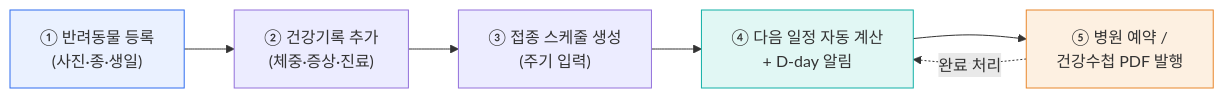
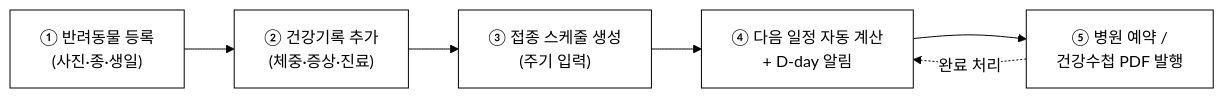
The second of 6 diagrams in 2026-saas-pet-health/biz/1_제안서.md (iamywl/k_startup_spare), drawn with Mermaid before and after one commit. The commit also changed other lines of this file and 3 other files, not shown here.

````diff
--- a/2026-saas-pet-health/biz/1_제안서.md
+++ b/2026-saas-pet-health/biz/1_제안서.md
@@ -81,11 +78,9 @@
 ```mermaid
+%%{init: {'theme':'base','themeVariables':{'background':'#ffffff','primaryColor':'#ffffff','primaryBorderColor':'#000000','primaryTextColor':'#000000','secondaryColor':'#ffffff','secondaryBorderColor':'#000000','secondaryTextColor':'#000000','tertiaryColor':'#ffffff','tertiaryBorderColor':'#000000','tertiaryTextColor':'#000000','mainBkg':'#ffffff','secondBkg':'#ffffff','lineColor':'#000000','textColor':'#000000','clusterBkg':'#ffffff','clusterBorder':'#000000','edgeLabelBackground':'#ffffff','actorBkg':'#ffffff','actorBorder':'#000000','noteBkgColor':'#ffffff','noteBorderColor':'#000000','signalColor':'#000000','signalTextColor':'#000000','fontFamily':'Georgia, serif'}}}%%
 flowchart LR
     S1["① 반려동물 등록<br/>(사진·종·생일)"] --> S2["② 건강기록 추가<br/>(체중·증상·진료)"]
     S2 --> S3["③ 접종 스케줄 생성<br/>(주기 입력)"]
     S3 --> S4["④ 다음 일정 자동 계산<br/>+ D-day 알림"]
     S4 --> S5["⑤ 병원 예약 /<br/>건강수첩 PDF 발행"]
     S5 -.완료 처리.-> S4
-    style S1 fill:#eaf1ff,stroke:#2f6df0
-    style S4 fill:#e1f7f4,stroke:#11b0a6
-    style S5 fill:#fdf0e1,stroke:#e8862b
 ```
````
